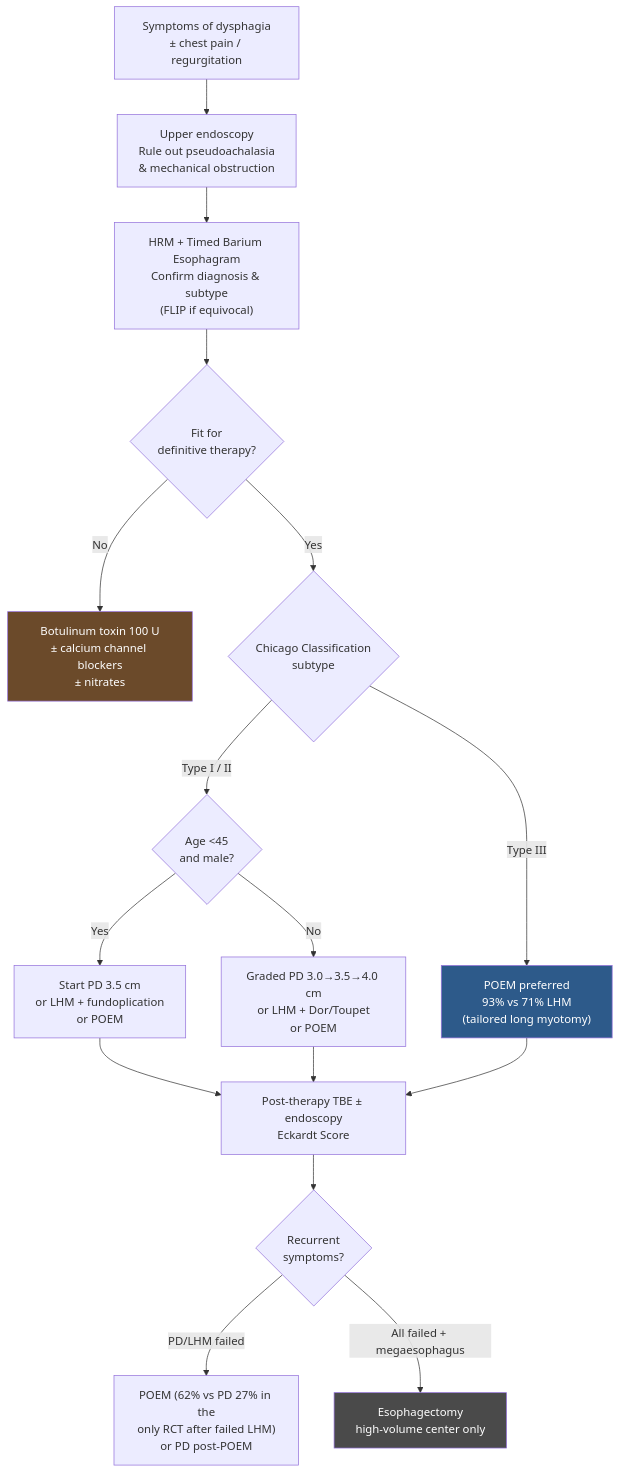
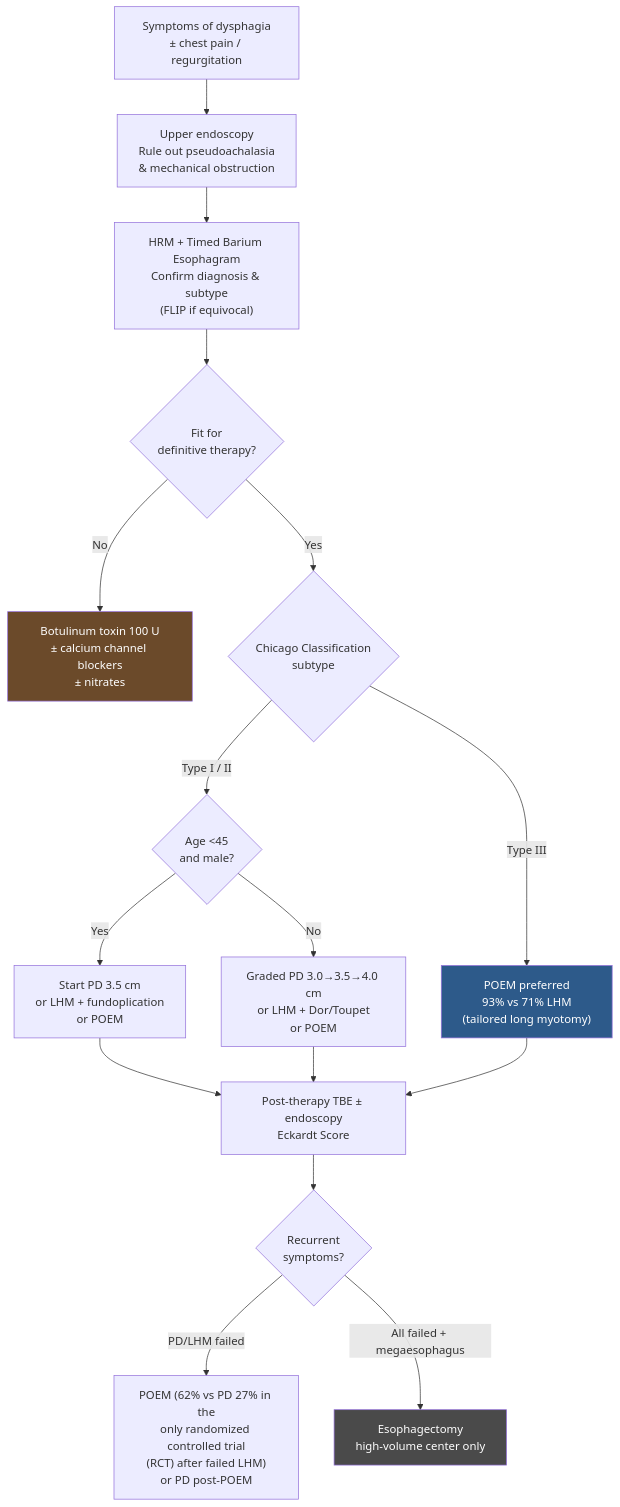
One commit to KHNickLeMD/KHNL-GI-Wiki changed the diagram in KHNL-GI-Wiki/wiki/1-disease-scripts/foregut-and-motility-diseases/esophageal/achalasia.md. Above: the diagram before and after it, drawn with Mermaid. The commit also changed other lines of this file and 620 other files, not shown here.

````diff
--- a/KHNL-GI-Wiki/wiki/1-disease-scripts/foregut-and-motility-diseases/esophageal/achalasia.md
+++ b/KHNL-GI-Wiki/wiki/1-disease-scripts/foregut-and-motility-diseases/esophageal/achalasia.md
@@ -151,19 +151,19 @@
 ```mermaid
 flowchart TD
     A["Symptoms of dysphagia<br/>± chest pain / regurgitation"] --> B["Upper endoscopy<br/>Rule out pseudoachalasia<br/>& mechanical obstruction"]
     B --> C["HRM + Timed Barium Esophagram<br/>Confirm diagnosis & subtype<br/>(FLIP if equivocal)"]
     C --> D{"Fit for<br/>definitive therapy?"}
     D -->|No| E["Botulinum toxin 100 U<br/>± calcium channel blockers<br/>± nitrates"]
     D -->|Yes| F{"Chicago Classification<br/>subtype"}
     F -->|"Type I / II"| G{"Age <45<br/>and male?"}
     G -->|Yes| H["Start PD 3.5 cm<br/>or LHM + fundoplication<br/>or POEM"]
     G -->|No| I["Graded PD 3.0→3.5→4.0 cm<br/>or LHM + Dor/Toupet<br/>or POEM"]
     F -->|"Type III"| J["POEM preferred<br/>93% vs 71% LHM<br/>(tailored long myotomy)"]
     H & I & J --> K["Post-therapy TBE ± endoscopy<br/>Eckardt Score"]
     K --> L{"Recurrent<br/>symptoms?"}
-    L -->|PD/LHM failed| M["POEM (62% vs PD 27% in the<br/>only RCT after failed LHM)<br/>or PD post-POEM"]
+    L -->|PD/LHM failed| M["POEM (62% vs PD 27% in the<br/>only randomized controlled trial<br/>(RCT) after failed LHM)<br/>or PD post-POEM"]
     L -->|All failed + megaesophagus| N["Esophagectomy<br/>high-volume center only"]
     style J fill:#2d5a8a,color:#fff
     style E fill:#6b4a2a,color:#fff
     style N fill:#4a4a4a,color:#fff
 ```
````
